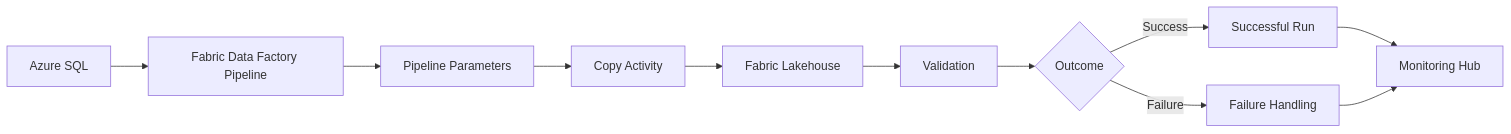
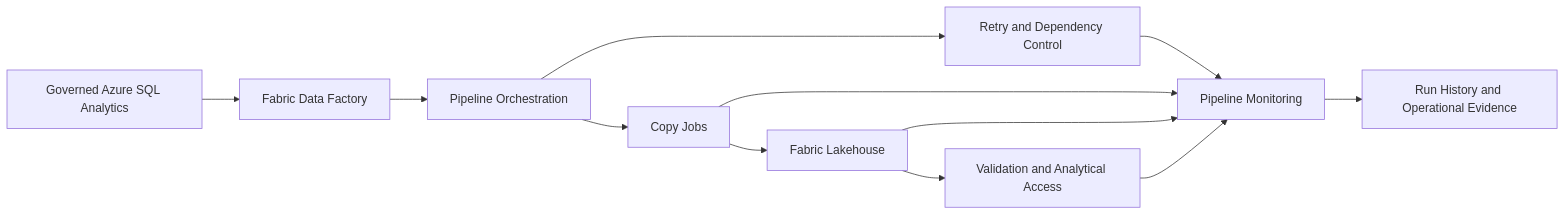
Before and after one commit to kamilkenny/greater-manchester-transport-data-platform: the fifth of 8 diagrams in README.md, drawn with Mermaid. The commit also changed other lines of this file, not shown here.

````diff
--- a/README.md
+++ b/README.md
@@ -233,13 +199,16 @@
 ```mermaid
 flowchart LR
-    A[Azure SQL] --> B[Fabric Data Factory Pipeline]
-    B --> C[Pipeline Parameters]
-    C --> D[Copy Activity]
+    A[Governed Azure SQL Analytics] --> B[Fabric Data Factory]
+    B --> C[Pipeline Orchestration]
+    C --> D[Copy Jobs]
     D --> E[Fabric Lakehouse]
-    E --> F[Validation]
-    F --> G{Outcome}
-    G -->|Success| H[Successful Run]
-    G -->|Failure| I[Failure Handling]
-    H --> J[Monitoring Hub]
-    I --> J
+    E --> F[Validation and Analytical Access]
+
+    C --> G[Retry and Dependency Control]
+    G --> H[Pipeline Monitoring]
+    D --> H
+    E --> H
+    F --> H
+
+    H --> I[Run History and Operational Evidence]
 ```
````
